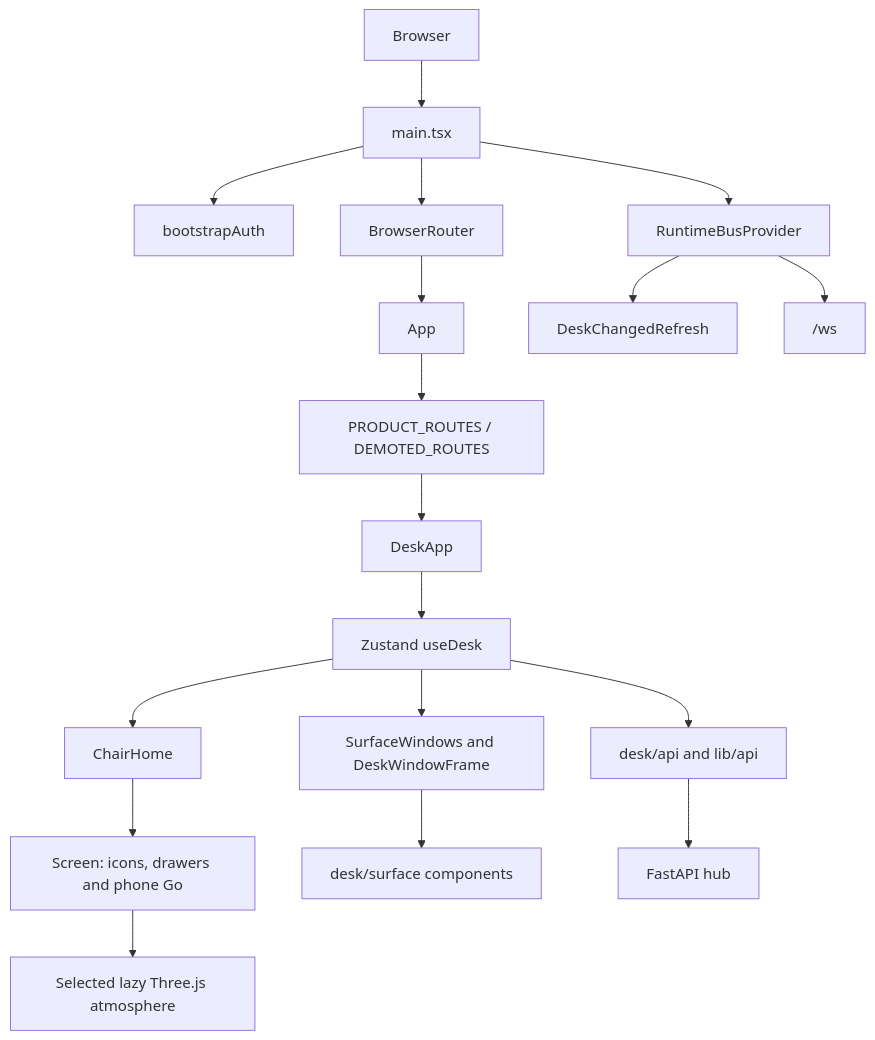
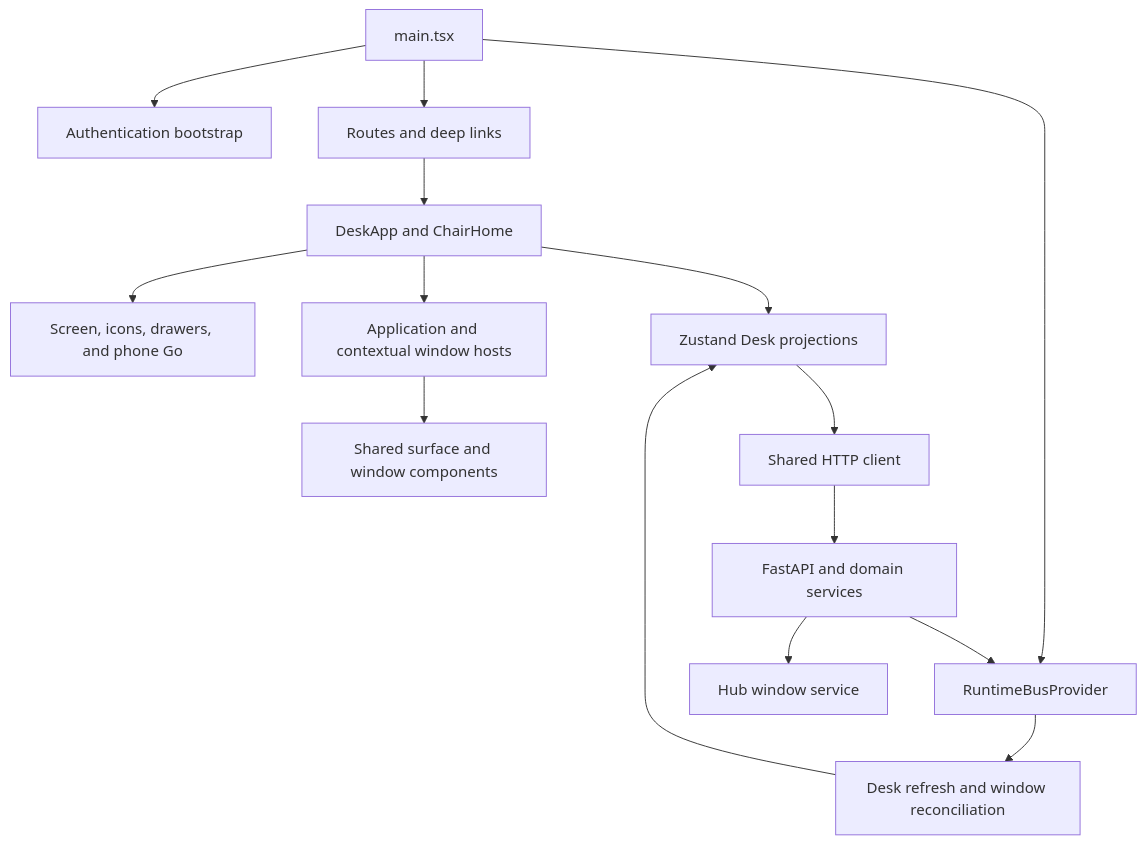
The diagram in docs/DESK_ARCHITECTURE.md (karolswdev/HoldSpeak), drawn with Mermaid before and after one commit. The commit also changed other lines of this file and 74 other files, not shown here.

Commit message:
docs: document the agentic Desk and core work flows

````diff
--- a/docs/DESK_ARCHITECTURE.md
+++ b/docs/DESK_ARCHITECTURE.md
@@ -13,20 +13,17 @@
 ```mermaid
-flowchart TD
-  Browser[Browser] --> Main[main.tsx]
-  Main --> Auth[bootstrapAuth]
-  Main --> Router[BrowserRouter]
-  Main --> Bus[RuntimeBusProvider]
-  Router --> App[App]
-  App --> Routes["PRODUCT_ROUTES / DEMOTED_ROUTES"]
-  Routes --> Desk[DeskApp]
-  Desk --> Store[Zustand useDesk]
-  Store --> Chair[ChairHome]
-  Chair --> Screen["Screen: icons, drawers and phone Go"]
-  Screen --> Atmosphere["Selected lazy Three.js atmosphere"]
-  Store --> Windows["SurfaceWindows and DeskWindowFrame"]
-  Windows --> Surface["desk/surface components"]
-  Store --> HTTP["desk/api and lib/api"]
-  Bus --> Refresh[DeskChangedRefresh]
-  HTTP --> Hub[FastAPI hub]
-  Bus --> WS["/ws"]
+flowchart TB
+    Entry["main.tsx"] --> Auth["Authentication bootstrap"]
+    Entry --> Router["Routes and deep links"]
+    Entry --> Bus["RuntimeBusProvider"]
+    Router --> Desk["DeskApp and ChairHome"]
+    Desk --> Screen["Screen, icons, drawers, and phone Go"]
+    Desk --> Windows["Application and contextual window hosts"]
+    Windows --> Framework["Shared surface and window components"]
+    Desk --> Store["Zustand Desk projections"]
+    Store --> HTTP["Shared HTTP client"]
+    HTTP --> Hub["FastAPI and domain services"]
+    Hub --> WindowService["Hub window service"]
+    Hub --> Bus
+    Bus --> Follow["Desk refresh and window reconciliation"]
+    Follow --> Store
 ```
````
